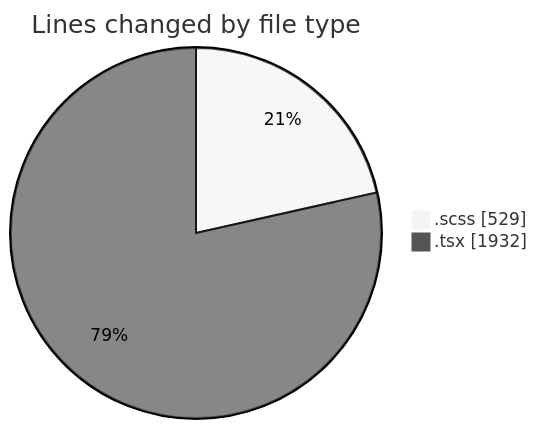
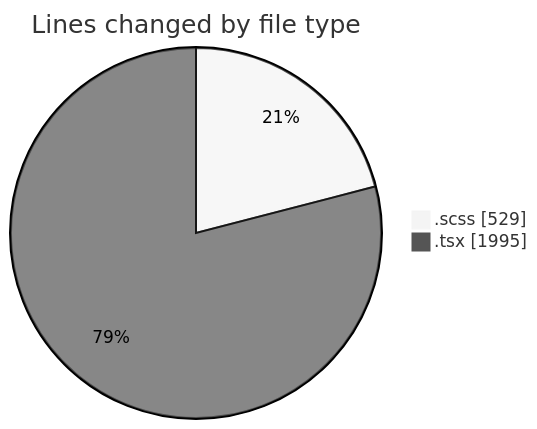
The first of 2 diagrams in 2025-08-28/cda/README.md (momahboobian/code-tracking), drawn with Mermaid (neutral theme) before and after one commit. The commit also changed other lines of this file and 1 other file, not shown here.

````diff
--- a/2025-08-28/cda/README.md
+++ b/2025-08-28/cda/README.md
@@ -27,6 +27,6 @@
 ```mermaid
 pie showData
 title Lines changed by file type
 ".scss" : 529
-".tsx" : 1932
+".tsx" : 1995
 ```
````
